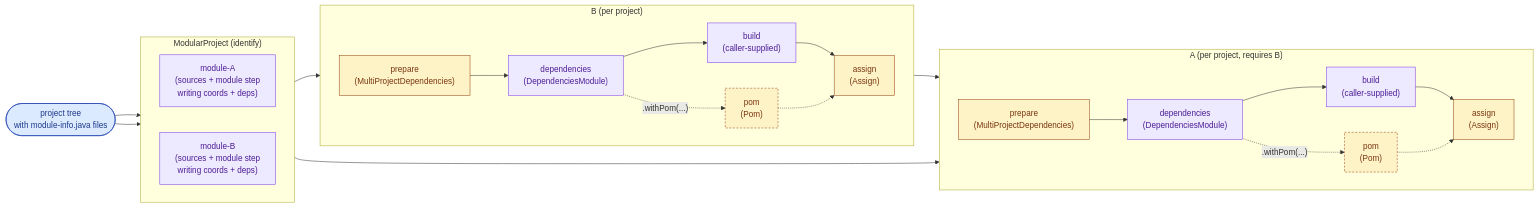
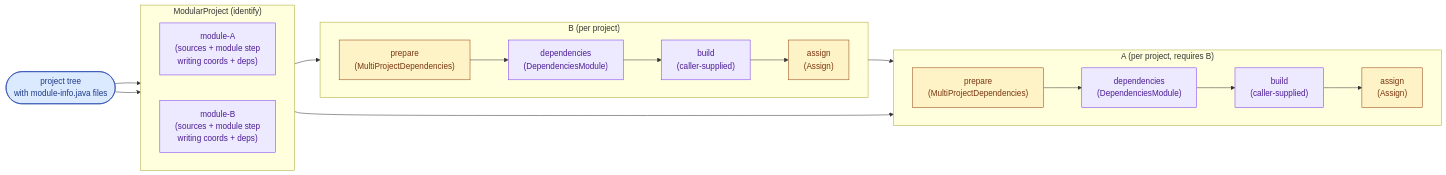
Before and after one commit to raphw/jenesis: the fifth of 5 diagrams in README.md, drawn with Mermaid. The commit also changed other lines of this file and 1 other file, not shown here.

Commit message:
Remove POM creation from modular project.

````diff
--- a/README.md
+++ b/README.md
@@ -296,40 +296,33 @@
 ```mermaid
 flowchart LR
   classDef input fill:#dbeafe,stroke:#1e40af,color:#1e3a8a;
   classDef step fill:#fef3c7,stroke:#92400e,color:#78350f;
-  classDef optional fill:#fef3c7,stroke:#92400e,color:#78350f,stroke-dasharray:4 3;
   classDef module fill:#ede9fe,stroke:#7c3aed,color:#4c1d95;
   tree(["project tree<br/>with module-info.java files"]):::input
   subgraph "ModularProject (identify)"
     direction LR
     idA["module-A<br/>(sources + module step<br/>writing coords + deps)"]:::module
     idB["module-B<br/>(sources + module step<br/>writing coords + deps)"]:::module
   end
   subgraph "B (per project)"
     direction LR
     pBprep["prepare<br/>(MultiProjectDependencies)"]:::step
     pBdeps["dependencies<br/>(DependenciesModule)"]:::module
     pBbuild["build<br/>(caller-supplied)"]:::module
-    pBpom["pom<br/>(Pom)"]:::optional
     pBassn["assign<br/>(Assign)"]:::step
     pBprep --> pBdeps --> pBbuild --> pBassn
-    pBdeps -.->|".withPom(...)"| pBpom
-    pBpom -.-> pBassn
   end
   subgraph "A (per project, requires B)"
     direction LR
     pAprep["prepare<br/>(MultiProjectDependencies)"]:::step
     pAdeps["dependencies<br/>(DependenciesModule)"]:::module
     pAbuild["build<br/>(caller-supplied)"]:::module
-    pApom["pom<br/>(Pom)"]:::optional
     pAassn["assign<br/>(Assign)"]:::step
     pAprep --> pAdeps --> pAbuild --> pAassn
-    pAdeps -.->|".withPom(...)"| pApom
-    pApom -.-> pAassn
   end
   tree --> idA
   tree --> idB
   idA --> pAprep
   idB --> pBprep
   pBassn --> pAprep
 ```
````
